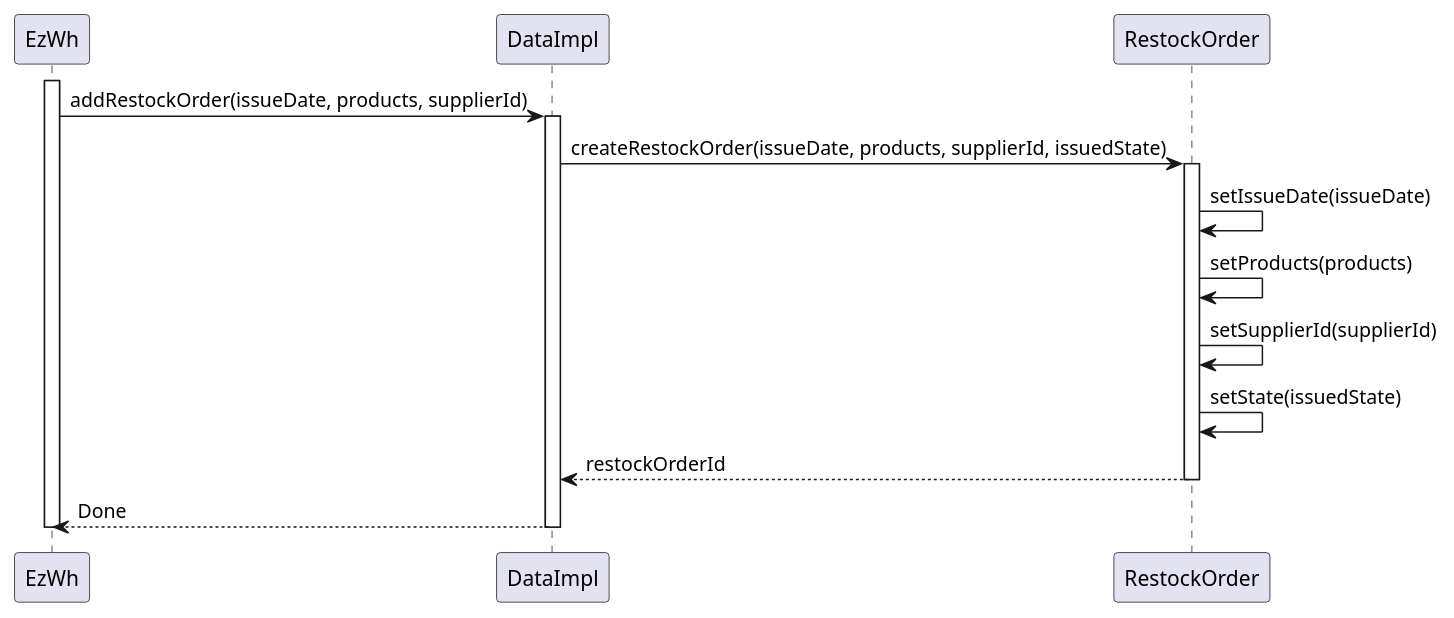
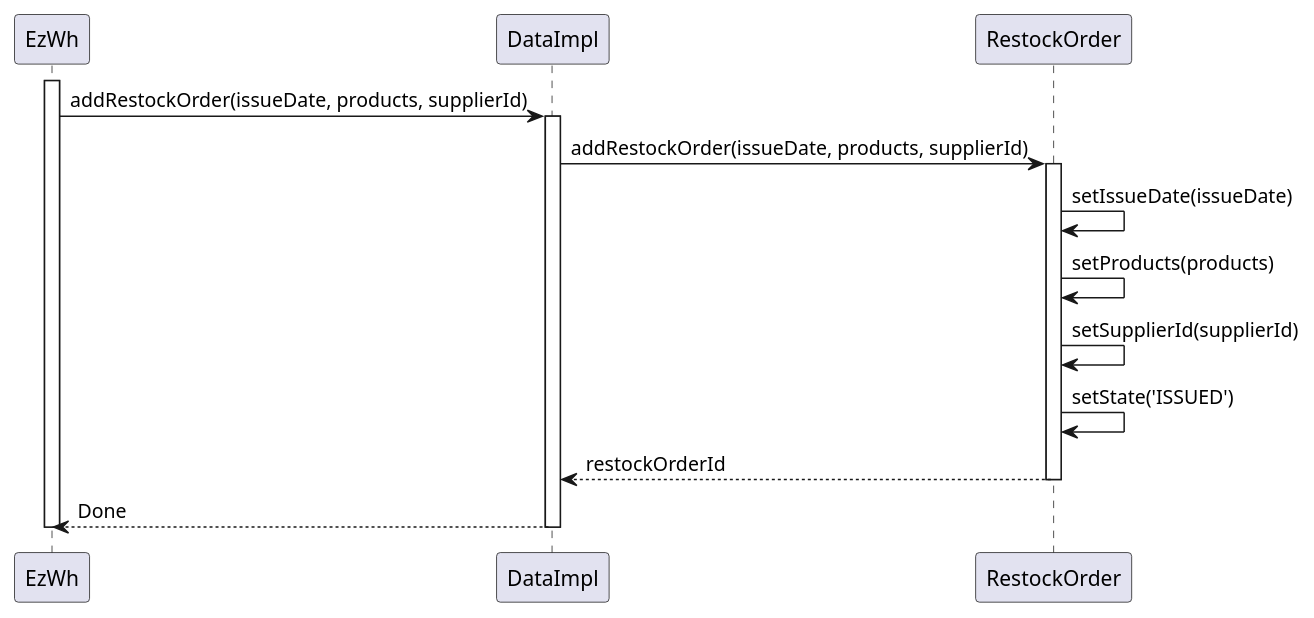
One commit to Guarecuco/EzWh changed the third of 7 diagrams in DesignDocument.md. Above: the diagram before and after it, drawn with PlantUML. The commit also changed other lines of this file, not shown here.

````diff
--- a/DesignDocument.md
+++ b/DesignDocument.md
@@ -414,16 +451,16 @@
 ```plantuml
 activate EzWh
 EzWh->DataImpl: addRestockOrder(issueDate, products, supplierId)
 activate DataImpl
-DataImpl -> RestockOrder: createRestockOrder(issueDate, products, supplierId, issuedState)
+DataImpl -> RestockOrder: addRestockOrder(issueDate, products, supplierId)
 activate RestockOrder
 RestockOrder-> RestockOrder: setIssueDate(issueDate)
 RestockOrder-> RestockOrder: setProducts(products)
 RestockOrder -> RestockOrder: setSupplierId(supplierId)
-RestockOrder-> RestockOrder: setState(issuedState)
+RestockOrder-> RestockOrder: setState('ISSUED')
 RestockOrder--> DataImpl: restockOrderId
 deactivate RestockOrder
 DataImpl --> EzWh: Done
 deactivate DataImpl
 deactivate EzWh
 ```
````
